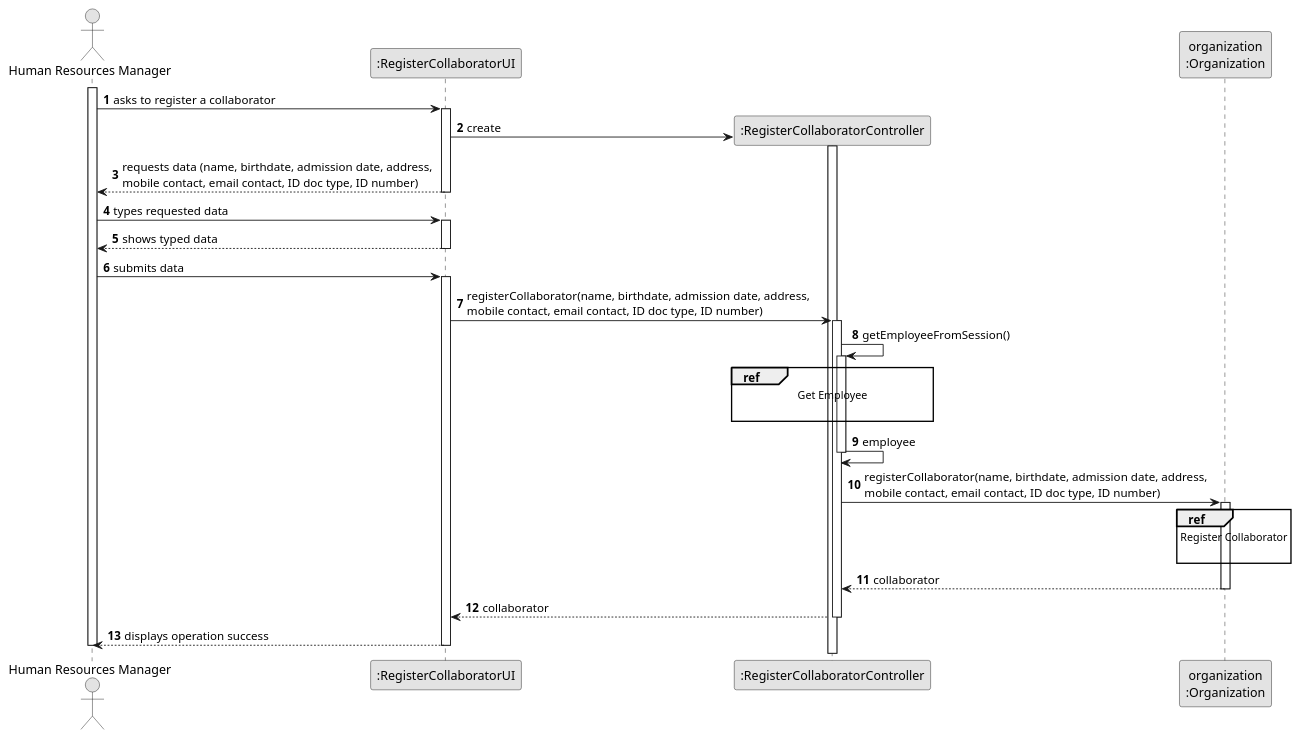
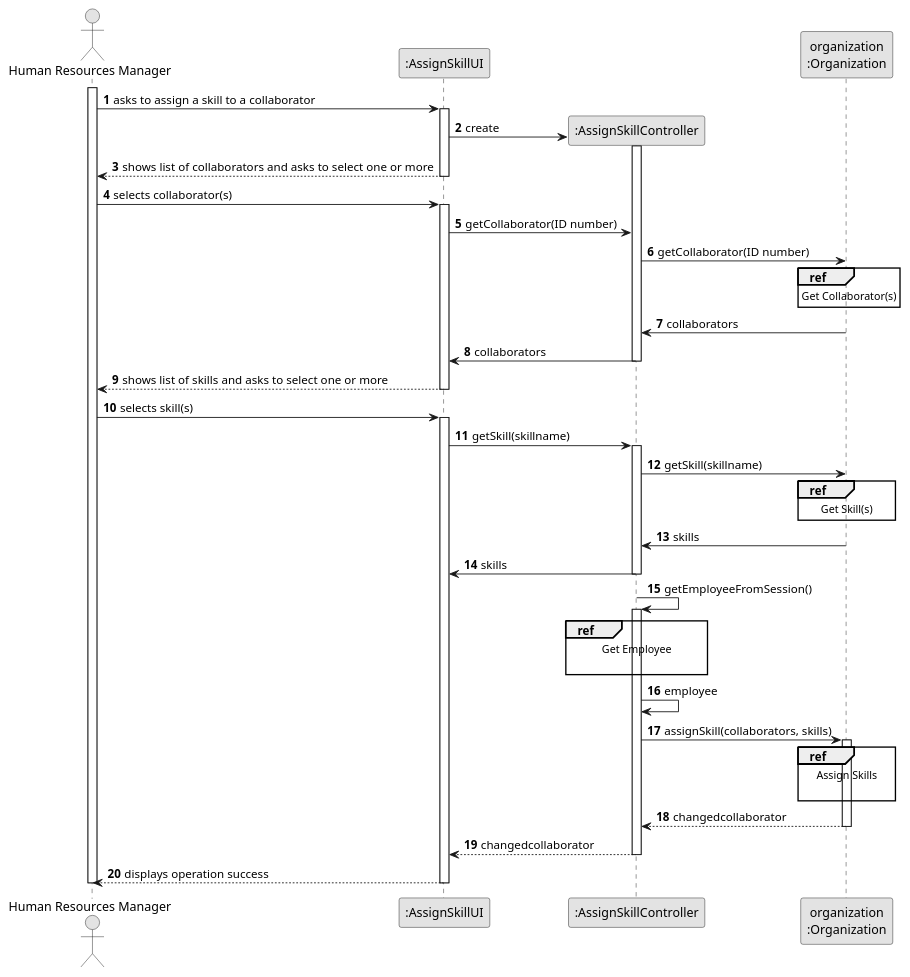
The diagram in docs/sprint2/us004/03.design/puml/us004-sequence-diagram-split.puml (tiagosoa/lei-24-s2-1dgh-g073), drawn with PlantUML before and after one commit. The commit also changed 35 other files, not shown here.

```diff
--- a/docs/sprint2/us004/03.design/puml/us004-sequence-diagram-split.puml
+++ b/docs/sprint2/us004/03.design/puml/us004-sequence-diagram-split.puml
@@ -1,67 +1,98 @@
 @startuml
 skinparam monochrome true
 skinparam packageStyle rectangle
 skinparam shadowing false
 
 autonumber
 
 'hide footbox
 actor "Human Resources Manager" as ADM
-participant ":RegisterCollaboratorUI" as UI
-participant ":RegisterCollaboratorController" as CTRL
+participant ":AssignSkillUI" as UI
+participant ":AssignSkillController" as CTRL
 participant "organization\n:Organization" as ORG
 
 activate ADM
 
-    ADM -> UI : asks to register a collaborator
+    ADM -> UI : asks to assign a skill to a collaborator
 
     activate UI
 
         UI -> CTRL** : create
 
         activate CTRL
 
-        UI --> ADM : requests data (name, birthdate, admission date, address, \nmobile contact, email contact, ID doc type, ID number)
+        UI --> ADM : shows list of collaborators and asks to select one or more
     deactivate UI
 
-    ADM -> UI : types requested data
+    ADM -> UI : selects collaborator(s)
     activate UI
 
-        UI --> ADM : shows typed data
+        UI -> CTRL : getCollaborator(ID number)
+
+
+        CTRL -> ORG : getCollaborator(ID number)
+
+
+        ref over ORG
+        Get Collaborator(s)
+        end
+
+        ORG -> CTRL : collaborators
+
+
+
+        CTRL -> UI : collaborators
+        deactivate CTRL
+
+        UI --> ADM : shows list of skills and asks to select one or more
     deactivate UI
 
-    ADM -> UI : submits data
+    ADM -> UI : selects skill(s)
     activate UI
 
-        UI -> CTRL : registerCollaborator(name, birthdate, admission date, address, \nmobile contact, email contact, ID doc type, ID number)
+        UI -> CTRL : getSkill(skillname)
         activate CTRL
+
+        CTRL -> ORG : getSkill(skillname)
+
+        ref over ORG
+        Get Skill(s)
+        end
+
+        ORG -> CTRL : skills
+
+
+
+        CTRL -> UI : skills
+        deactivate CTRL
+
 
             CTRL -> CTRL : getEmployeeFromSession()
             activate CTRL
 
                 ref over CTRL
                     Get Employee
 
                 end ref
                 CTRL -> CTRL : employee
-            deactivate CTRL
 
-            CTRL -> ORG: registerCollaborator(name, birthdate, admission date, address, \nmobile contact, email contact, ID doc type, ID number)
+
+            CTRL -> ORG: assignSkill(collaborators, skills)
             activate ORG
 
                 ref over ORG
-                    Register Collaborator
+                    Assign Skills
 
                 end
 
-                ORG --> CTRL : collaborator
+                ORG --> CTRL : changedcollaborator
             deactivate ORG
 
-            CTRL --> UI: collaborator
+            CTRL --> UI: changedcollaborator
             deactivate CTRL
             UI --> ADM: displays operation success
     deactivate UI
 
 deactivate ADM
 
 @enduml
```
